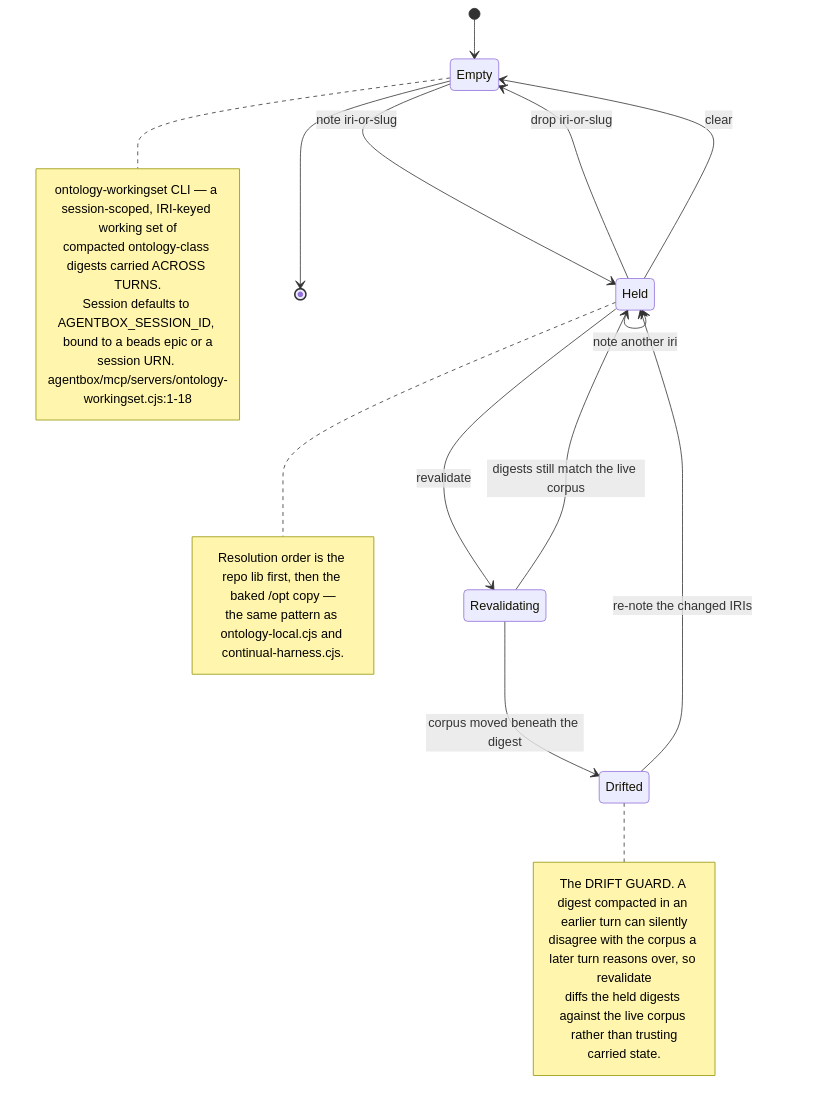
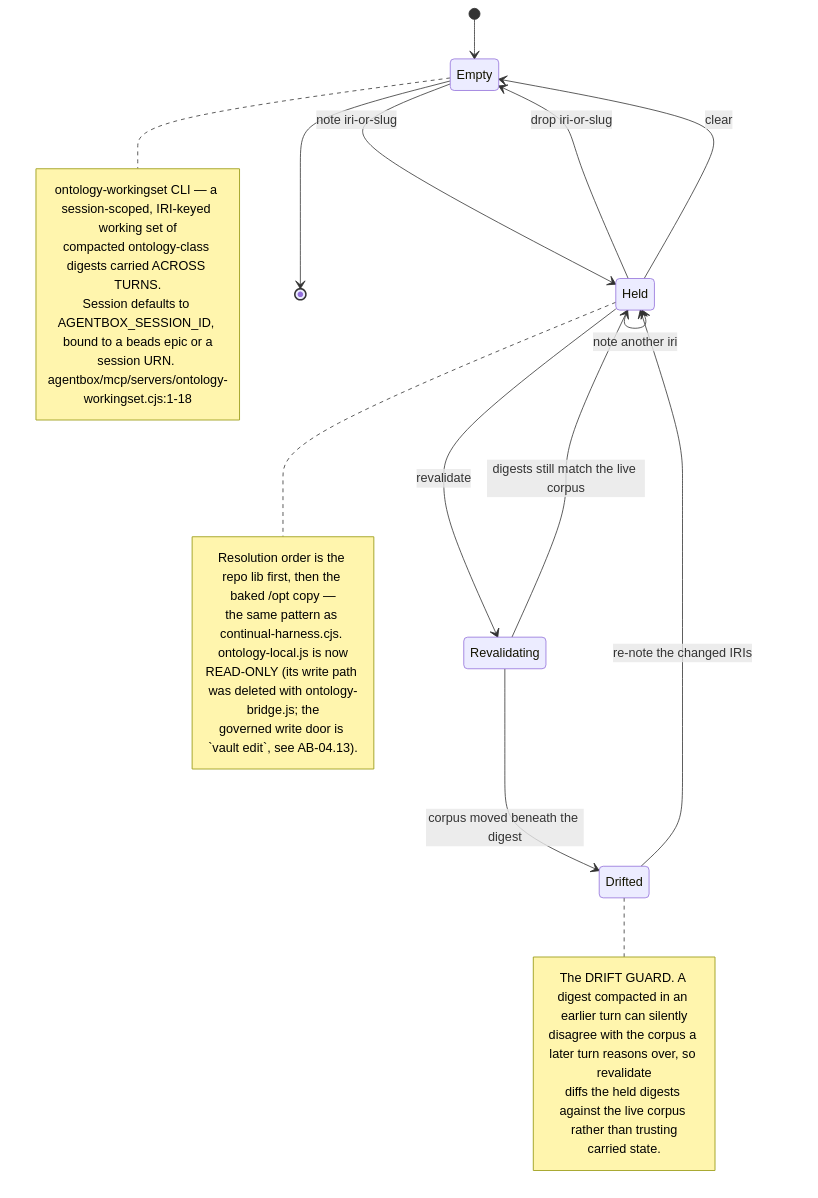
The third of 5 diagrams in docs/diagrams/agentbox/25-ontology-tools-and-governed-writes.md (DreamLab-AI/VisionFlow), drawn with Mermaid before and after one commit. The commit also changed other lines of this file and 136 other files, not shown here.

First line of the commit message:
docs(diagrams): refresh the whole corpus to code HEAD and prune low-value diagrams

````diff
--- a/docs/diagrams/agentbox/25-ontology-tools-and-governed-writes.md
+++ b/docs/diagrams/agentbox/25-ontology-tools-and-governed-writes.md
@@ -389,31 +119,33 @@
 ```mermaid
 stateDiagram-v2
     [*] --> Empty
     Empty --> Held : note iri-or-slug
     note right of Empty
         ontology-workingset CLI — a session-scoped, IRI-keyed working set of
         compacted ontology-class digests carried ACROSS TURNS.
         Session defaults to AGENTBOX_SESSION_ID, bound to a beads epic or a
         session URN. agentbox/mcp/servers/ontology-workingset.cjs:1-18
     end note
     Held --> Held : get iri-or-slug
     Held --> Held : list
     Held --> Held : note another iri
     Held --> Revalidating : revalidate
     Revalidating --> Held : digests still match the live corpus
     Revalidating --> Drifted : corpus moved beneath the digest
     note right of Drifted
         The DRIFT GUARD. A digest compacted in an earlier turn can silently
         disagree with the corpus a later turn reasons over, so revalidate
         diffs the held digests against the live corpus rather than trusting
         carried state.
     end note
     Drifted --> Held : re-note the changed IRIs
     Held --> Empty : drop iri-or-slug
     Held --> Empty : clear
     Empty --> [*]
     note right of Held
         Resolution order is the repo lib first, then the baked /opt copy —
-        the same pattern as ontology-local.cjs and continual-harness.cjs.
+        the same pattern as continual-harness.cjs. ontology-local.js is now
+        READ-ONLY (its write path was deleted with ontology-bridge.js; the
+        governed write door is `vault edit`, see AB-04.13).
     end note
 ```
````
